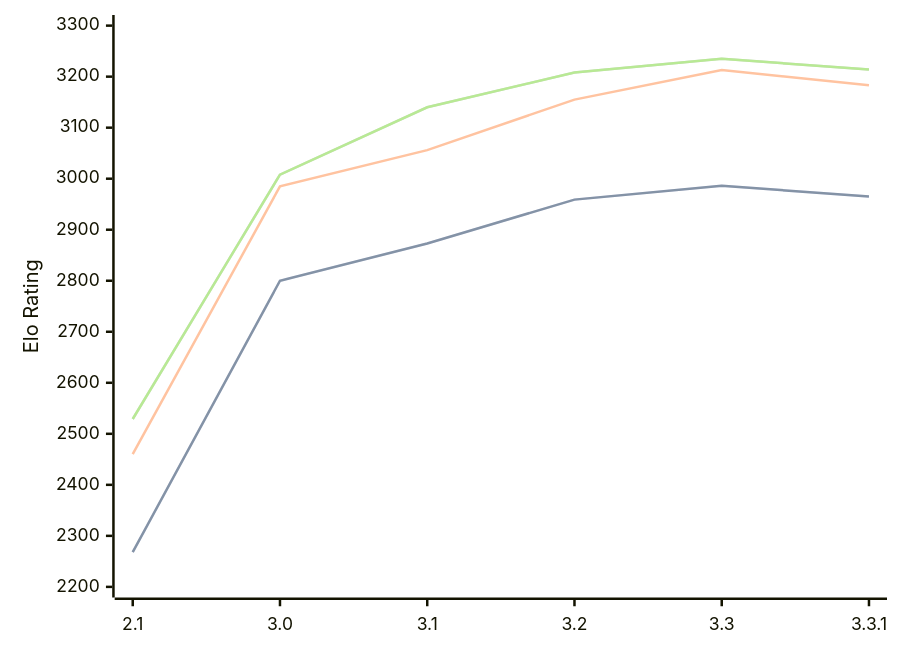
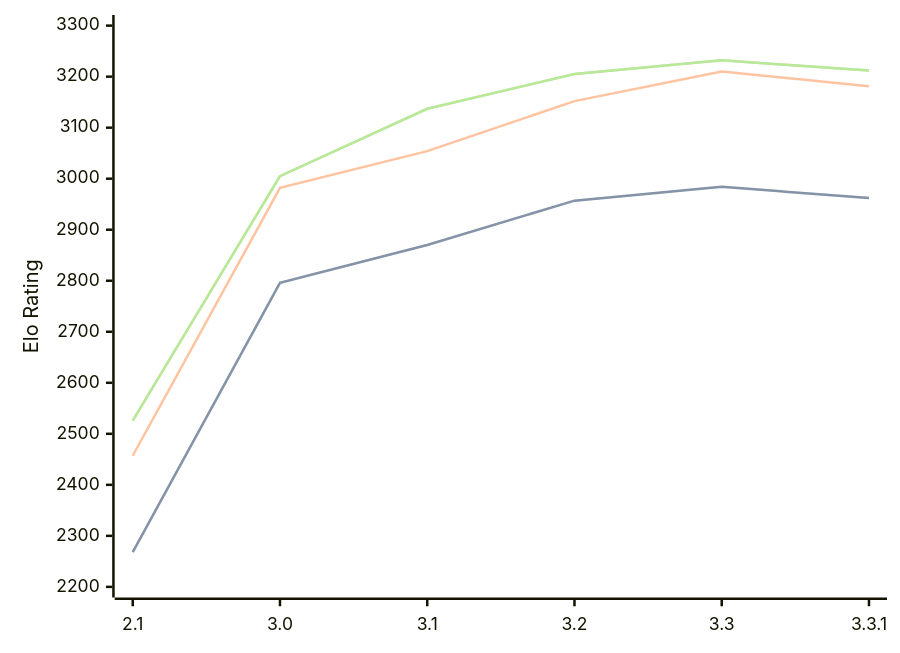
The diagram in engines/Petrel.md (computer-chess-index/cci), drawn with Mermaid before and after one commit. The commit also changed other lines of this file, not shown here.

Commit message:
Update CCI Ratings (ELO VLTC) - 2026-03-10

````diff
--- a/engines/Petrel.md
+++ b/engines/Petrel.md
@@ -41,11 +41,11 @@
 ```mermaid
 %%{init: {"theme":"base","themeVariables":{"seriesColors:['#a3a3a3','#222221','#faa371']}}}%%
 xychart-beta
   x-axis ["2.1", "3.0", "3.1", "3.2", "3.3", "3.3.1"]
   y-axis "Elo Rating" 2200 --> 3300
-  line "STC (8.0+0.08s)" [2268, 2800, 2873, 2959, 2986, 2965]
-  line "STC (8.0+0.08s)" [2268, 2800, 2873, 2959, 2986, 2965]
-  line "LTC (60.0+0.60s)" [2460, 2985, 3056, 3155, 3213, 3183]
-  line "VLTC (2m24s+1.12s)" [2529, 3008, 3140, 3208, 3235, 3214]
-  line "VLTC (2m24s+1.12s)" [2529, 3008, 3140, 3208, 3235, 3214]
+  line "STC (8.0+0.08s)" [2268, 2796, 2870, 2957, 2984, 2962]
+  line "STC (8.0+0.08s)" [2268, 2796, 2870, 2957, 2984, 2962]
+  line "LTC (60.0+0.60s)" [2457, 2982, 3054, 3152, 3210, 3181]
+  line "VLTC (2m24s+1.12s)" [2526, 3005, 3137, 3205, 3232, 3212]
+  line "VLTC (2m24s+1.12s)" [2526, 3005, 3137, 3205, 3232, 3212]
 ```
````
